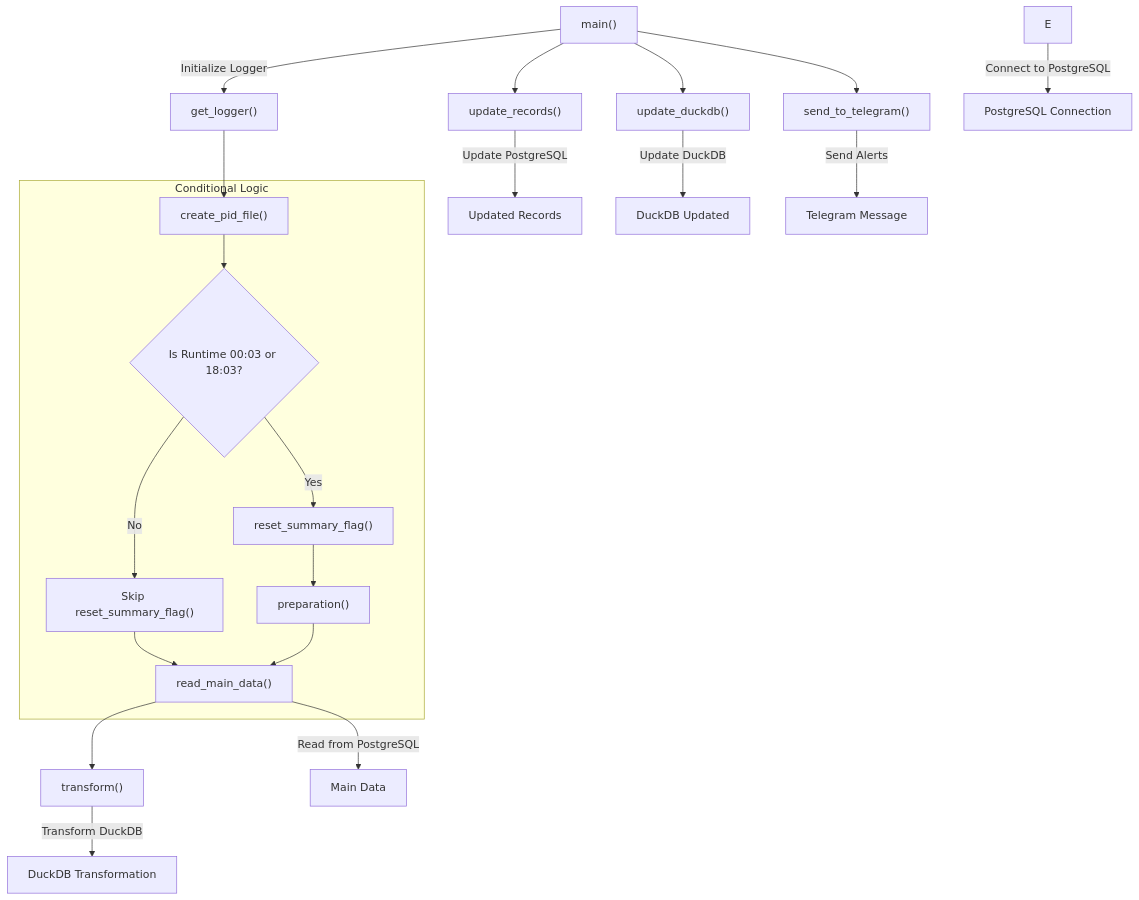
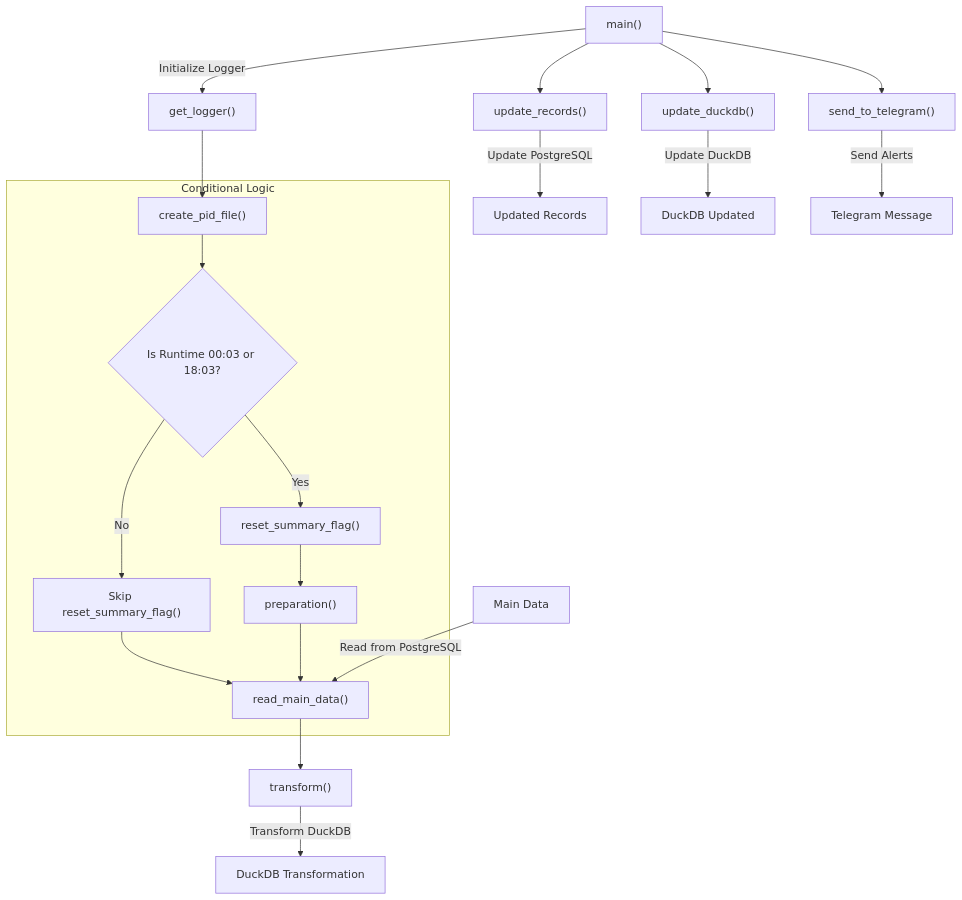
The second of 2 diagrams in UDR/calculation_readme.md (maulanaady/psn), drawn with Mermaid before and after one commit.

Commit message:
update readme file

````diff
--- a/UDR/calculation_readme.md
+++ b/UDR/calculation_readme.md
@@ -75,26 +75,26 @@
 ```mermaid
 graph TD;
     A[main#40;#41;] --> |Initialize Logger| B[get_logger#40;#41;];
     B --> D[create_pid_file#40;#41;];
 
     
     subgraph Conditional Logic
         D --> G{Is Runtime 00:03 or 18:03?}
         G -- Yes --> H[reset_summary_flag#40;#41;];
         G -- No --> I[Skip reset_summary_flag#40;#41;] --> F[read_main_data#40;#41;];
         H --> J[preparation#40;#41;] --> F[read_main_data#40;#41;];
     end
 
+    P[Main Data] --> |Read from PostgreSQL| F;
     F --> K[transform#40;#41;];
     A --> L[update_records#40;#41;];
     A --> M[update_duckdb#40;#41;];
     A --> N[send_to_telegram#40;#41;];
 
-    E --> |Connect to PostgreSQL| O[PostgreSQL Connection];
-    F --> |Read from PostgreSQL| P[Main Data];
+   
     K --> |Transform DuckDB| Q[DuckDB Transformation];
     L --> |Update PostgreSQL| R[Updated Records];
     M --> |Update DuckDB| S[DuckDB Updated];
     N --> |Send Alerts| T[Telegram Message];
 
 ```
````
